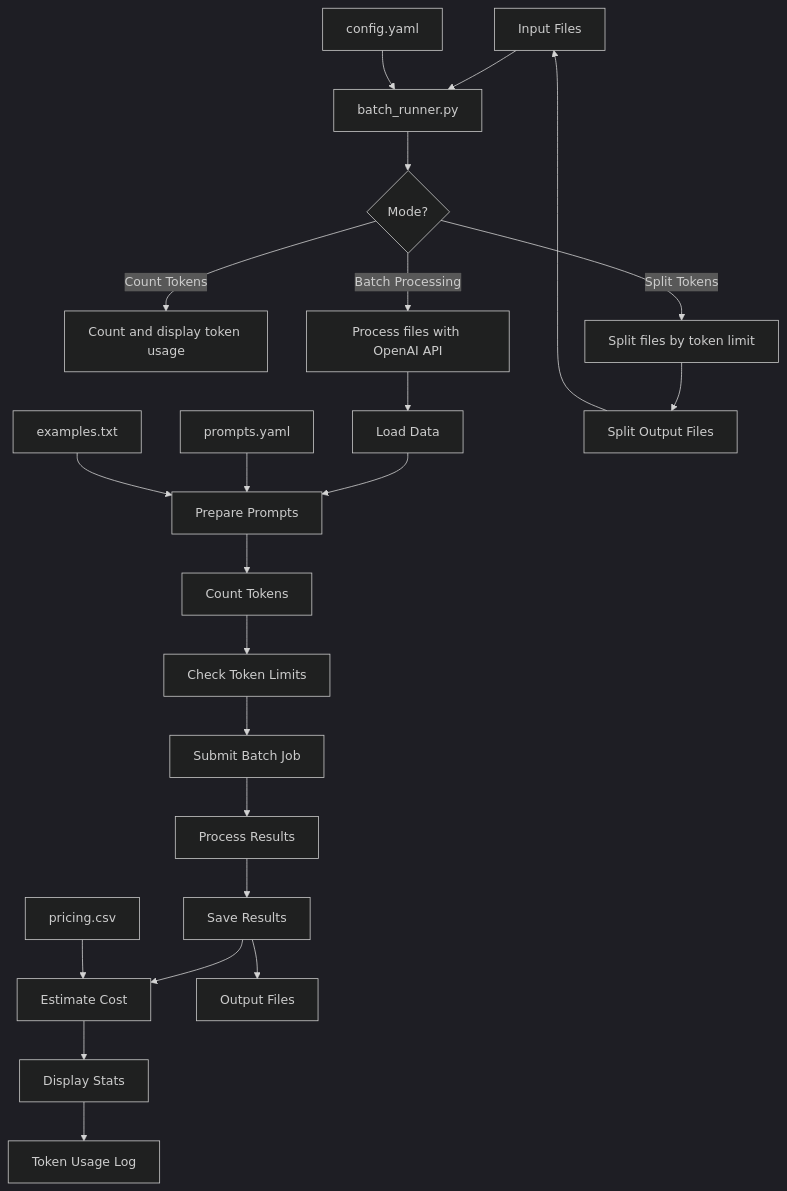
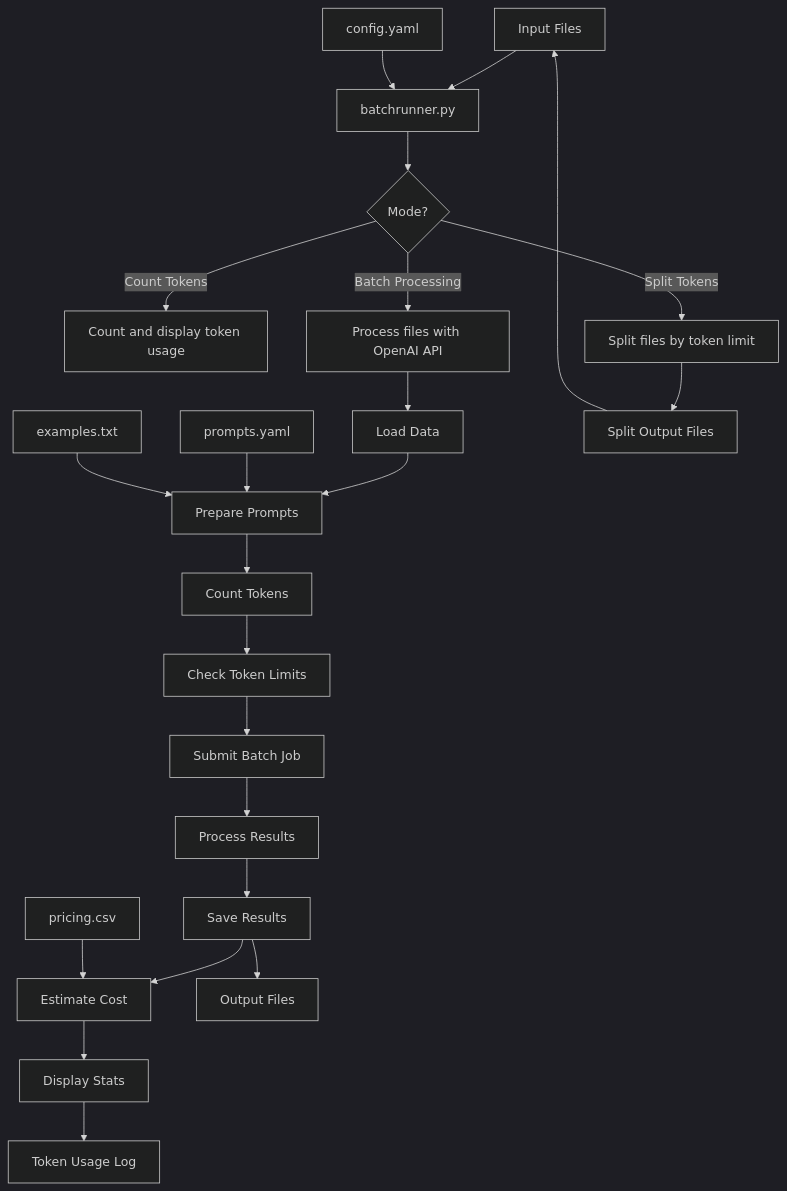
The third of 3 diagrams in docs/application_flow.md (afunyun/BatchGrader), drawn with Mermaid before and after one commit. The commit also changed other lines of this file, not shown here.

````diff
--- a/docs/application_flow.md
+++ b/docs/application_flow.md
@@ -158,30 +181,30 @@
 ```mermaid
 %%{init: { 'theme': 'dark' } }%%
 flowchart TD
-    A[Input Files] --> B[batch_runner.py]
-    B --> C{Mode?}
-    C -->|Count Tokens| D[Count and display token usage]
-    C -->|Split Tokens| E[Split files by token limit]
-    C -->|Batch Processing| F[Process files with OpenAI API]
-    
-    F --> G[Load Data]
-    G --> H[Prepare Prompts]
-    H --> I[Count Tokens]
-    I --> J[Check Token Limits]
-    J --> K[Submit Batch Job]
-    K --> L[Process Results]
-    L --> M[Save Results]
-    M --> N[Estimate Cost]
-    N --> O[Display Stats]
-    
-    P[config.yaml] --> B
-    Q[prompts.yaml] --> H
-    R[examples.txt] --> H
-    S[pricing.csv] --> N
-    
-    E --> T[Split Output Files]
-    T --> A
-    
-    M --> U[Output Files]
-    O --> V[Token Usage Log]
+    A[Input Files] --> B[batchrunner.py]
+    B --> C{Mode?}
+    C -->|Count Tokens| D[Count and display token usage]
+    C -->|Split Tokens| E[Split files by token limit]
+    C -->|Batch Processing| F[Process files with OpenAI API]
+
+    F --> G[Load Data]
+    G --> H[Prepare Prompts]
+    H --> I[Count Tokens]
+    I --> J[Check Token Limits]
+    J --> K[Submit Batch Job]
+    K --> L[Process Results]
+    L --> M[Save Results]
+    M --> N[Estimate Cost]
+    N --> O[Display Stats]
+    
+    P[config.yaml] --> B
+    Q[prompts.yaml] --> H
+    R[examples.txt] --> H
+    S[pricing.csv] --> N
+    
+    E --> T[Split Output Files]
+    T --> A
+    
+    M --> U[Output Files]
+    O --> V[Token Usage Log]
 ```
````
